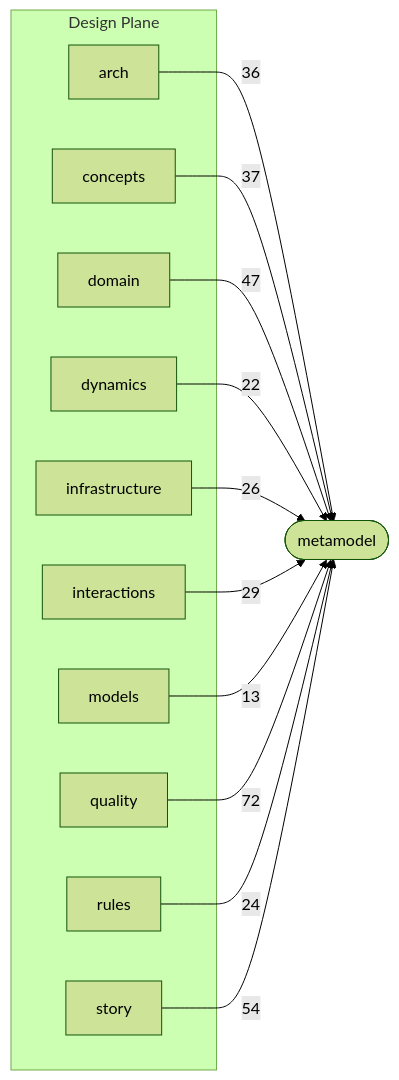
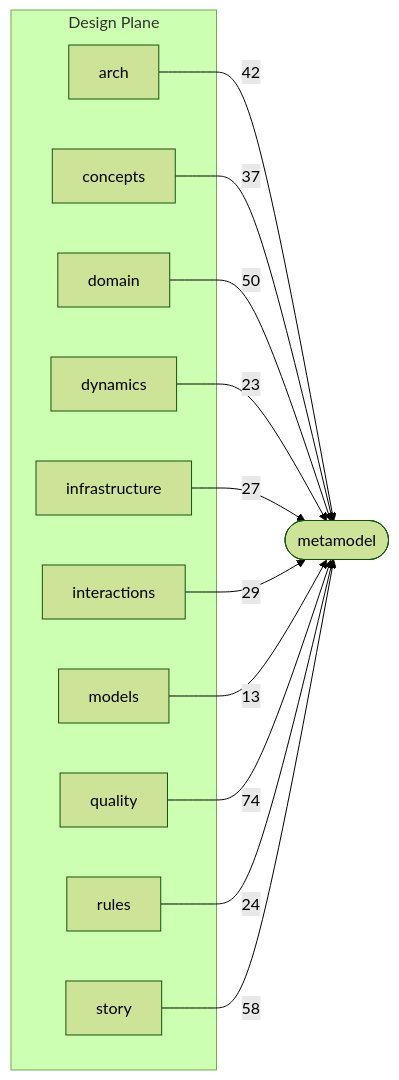
One commit to Archally/blueprint-schema changed the second of 3 diagrams in docs/schema-atlas/v2.8/layer-map.md. Above: the diagram before and after it, drawn with Mermaid (forest theme). The commit also changed other lines of this file and 13 other files, not shown here.

Commit message:
Blueprint Schema 2.8.13: the documentation names the process and the bands the schema accepts

````diff
--- a/docs/schema-atlas/v2.8/layer-map.md
+++ b/docs/schema-atlas/v2.8/layer-map.md
@@ -90,26 +93,26 @@
 ```mermaid
 graph LR
     subgraph design_plane["Design Plane"]
         design_arch_schema_yaml["arch"]
         design_concepts_schema_yaml["concepts"]
         design_domain_schema_yaml["domain"]
         design_dynamics_schema_yaml["dynamics"]
         design_infrastructure_schema_yaml["infrastructure"]
         design_interactions_schema_yaml["interactions"]
         design_models_schema_yaml["models"]
         design_quality_schema_yaml["quality"]
         design_rules_schema_yaml["rules"]
         design_story_schema_yaml["story"]
     end
     metamodel_schema_yaml(["metamodel"])
-    design_arch_schema_yaml -->|36| metamodel_schema_yaml
+    design_arch_schema_yaml -->|42| metamodel_schema_yaml
     design_concepts_schema_yaml -->|37| metamodel_schema_yaml
-    design_domain_schema_yaml -->|47| metamodel_schema_yaml
-    design_dynamics_schema_yaml -->|22| metamodel_schema_yaml
-    design_infrastructure_schema_yaml -->|26| metamodel_schema_yaml
+    design_domain_schema_yaml -->|50| metamodel_schema_yaml
+    design_dynamics_schema_yaml -->|23| metamodel_schema_yaml
+    design_infrastructure_schema_yaml -->|27| metamodel_schema_yaml
     design_interactions_schema_yaml -->|29| metamodel_schema_yaml
     design_models_schema_yaml -->|13| metamodel_schema_yaml
-    design_quality_schema_yaml -->|72| metamodel_schema_yaml
+    design_quality_schema_yaml -->|74| metamodel_schema_yaml
     design_rules_schema_yaml -->|24| metamodel_schema_yaml
-    design_story_schema_yaml -->|54| metamodel_schema_yaml
+    design_story_schema_yaml -->|58| metamodel_schema_yaml
 ```
````
